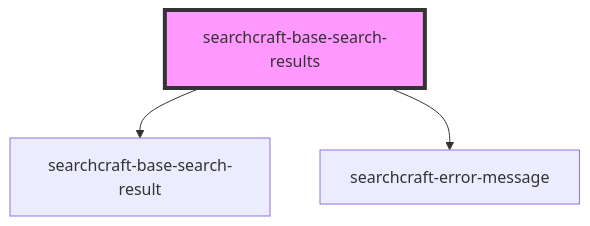
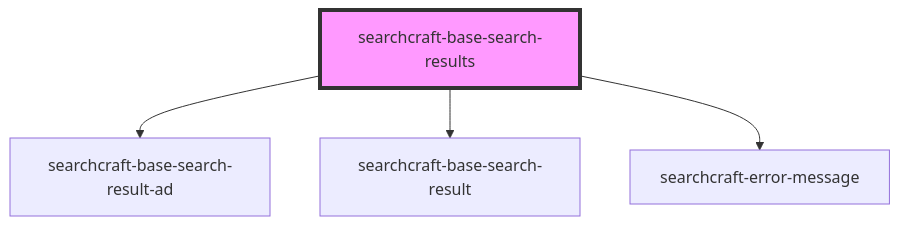
One commit to searchcraft-inc/searchcraft-javascript-sdks changed the diagram in packages/javascript-sdk/src/components/searchcraft-base-search-results/readme.md. Above: the diagram before and after it, drawn with Mermaid. The commit also changed other lines of this file and 31 other files, not shown here.

Commit message:
Adds ads to base-search-results components re:SC-643

````diff
--- a/packages/javascript-sdk/src/components/searchcraft-base-search-results/readme.md
+++ b/packages/javascript-sdk/src/components/searchcraft-base-search-results/readme.md
@@ -73,6 +71,7 @@
 ```mermaid
 graph TD;
+  searchcraft-base-search-results --> searchcraft-base-search-result-ad
   searchcraft-base-search-results --> searchcraft-base-search-result
   searchcraft-base-search-results --> searchcraft-error-message
   style searchcraft-base-search-results fill:#f9f,stroke:#333,stroke-width:4px
 ```
````
